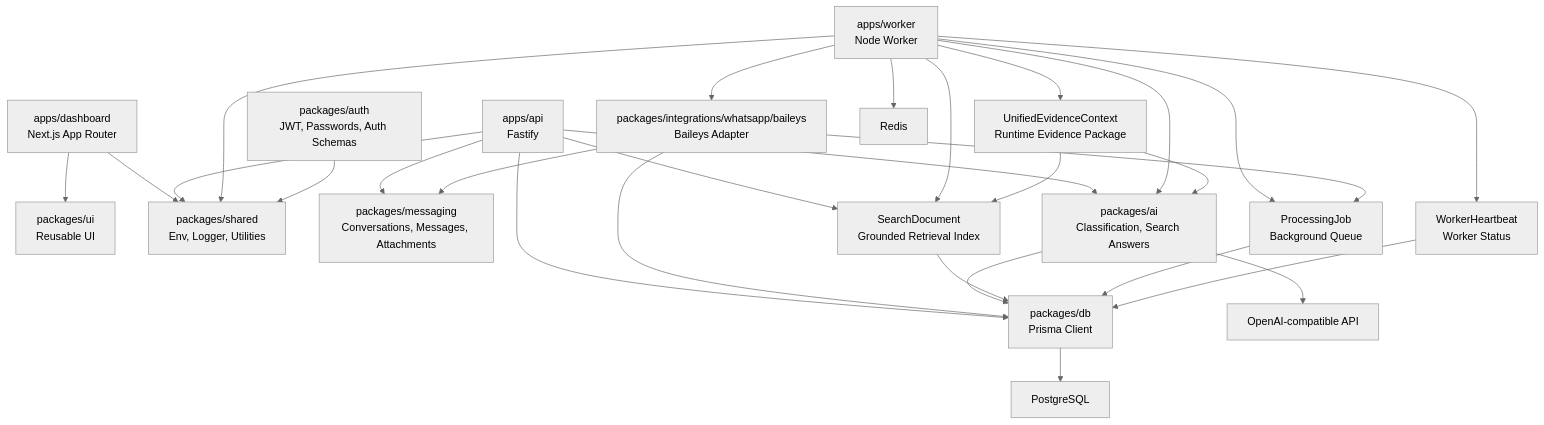
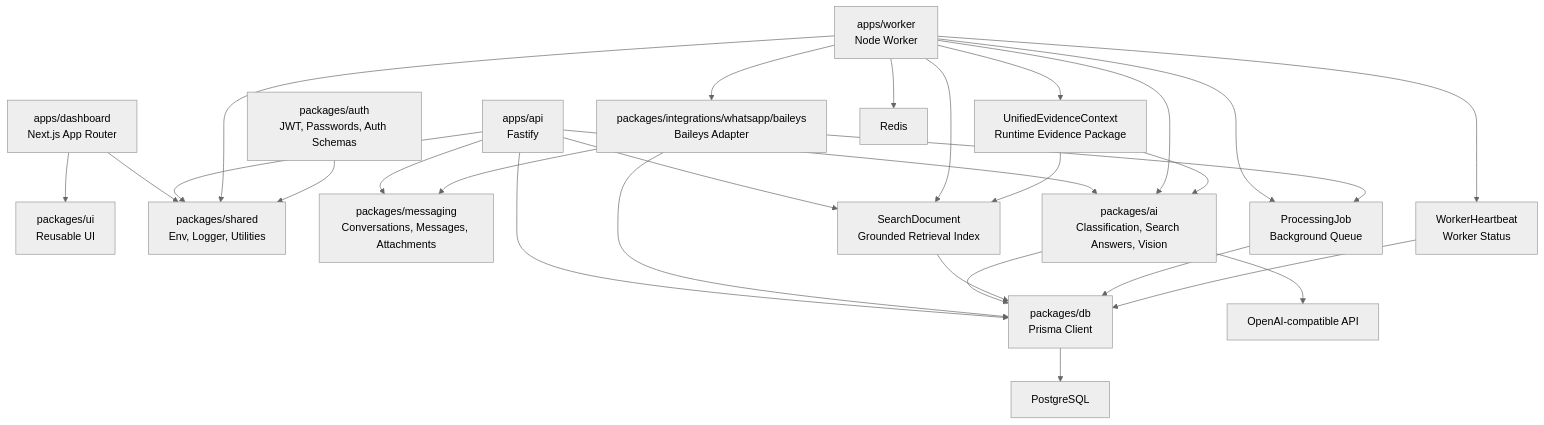
Before and after one commit to premhiru/fieldos: the diagram in README.md, drawn with Mermaid (neutral theme). The commit also changed other lines of this file and 32 other files, not shown here.

````diff
--- a/README.md
+++ b/README.md
@@ -38,48 +39,48 @@
 ```mermaid
 flowchart TD
   Dashboard["apps/dashboard\nNext.js App Router"]
   API["apps/api\nFastify"]
   Worker["apps/worker\nNode Worker"]
   UI["packages/ui\nReusable UI"]
   DB["packages/db\nPrisma Client"]
   Shared["packages/shared\nEnv, Logger, Utilities"]
   Auth["packages/auth\nJWT, Passwords, Auth Schemas"]
   Messaging["packages/messaging\nConversations, Messages, Attachments"]
-  AI["packages/ai\nClassification, Search Answers"]
+  AI["packages/ai\nClassification, Search Answers, Vision"]
   Evidence["UnifiedEvidenceContext\nRuntime Evidence Package"]
   Search["SearchDocument\nGrounded Retrieval Index"]
   Jobs["ProcessingJob\nBackground Queue"]
   Heartbeat["WorkerHeartbeat\nWorker Status"]
   WhatsApp["packages/integrations/whatsapp/baileys\nBaileys Adapter"]
   Postgres["PostgreSQL"]
   Redis["Redis"]
   Provider["OpenAI-compatible API"]
 
   Dashboard --> UI
   Dashboard --> Shared
   API --> DB
   API --> Shared
   API --> Messaging
   API --> AI
   API --> Search
   Worker --> Shared
   Worker --> AI
   Worker --> WhatsApp
   Worker --> Jobs
   Worker --> Search
   Worker --> Heartbeat
   Worker --> Evidence
   WhatsApp --> DB
   WhatsApp --> Messaging
   WhatsApp --> Jobs
   Evidence --> AI
   Evidence --> Search
   AI --> Provider
   AI --> DB
   Search --> DB
   Jobs --> DB
   Heartbeat --> DB
   Worker --> Redis
   DB --> Postgres
   Auth --> Shared
 ```
````
